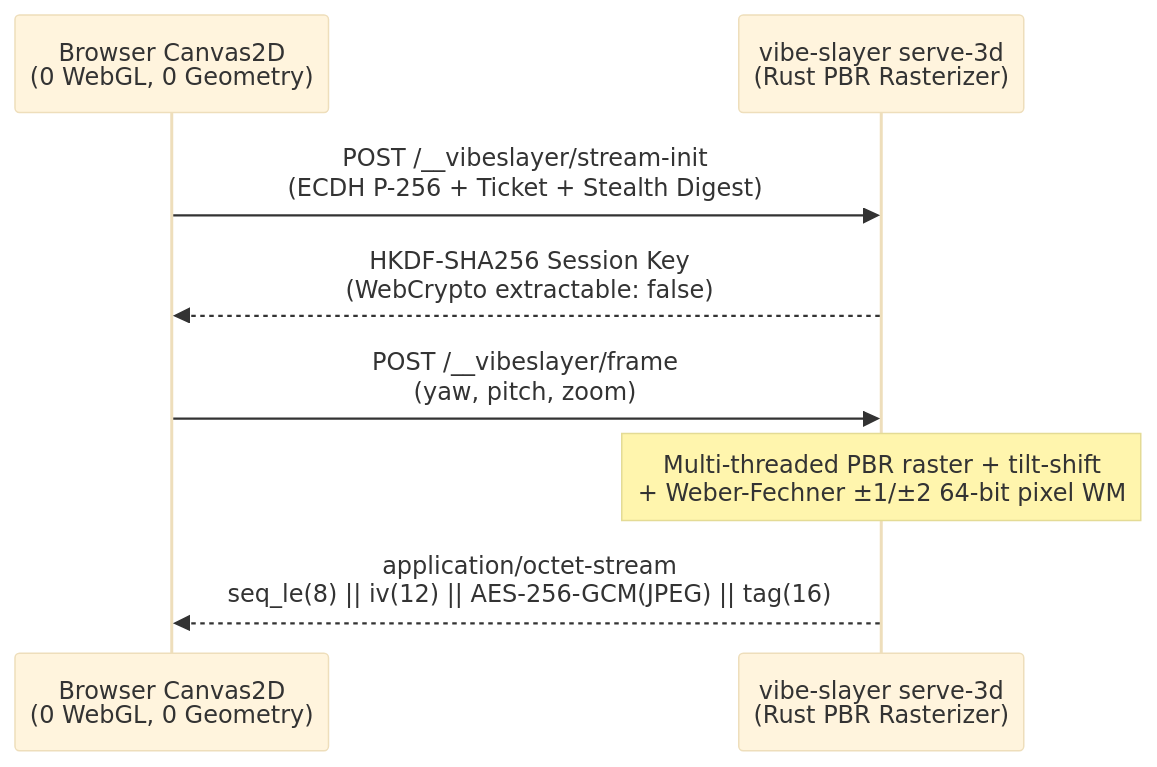
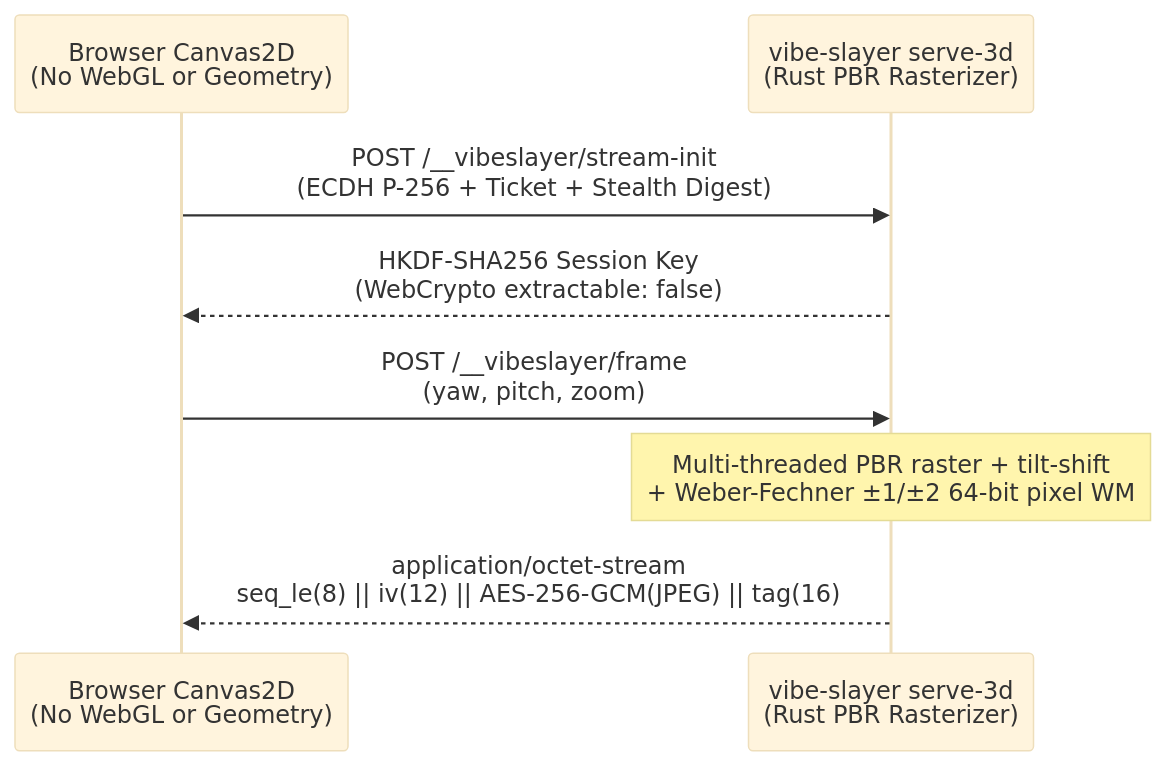
The diagram in docs/3d-shield-and-stream.md (HUSMUS9999/vibe-slayer), drawn with Mermaid (base theme) before and after one commit. The commit also changed other lines of this file and 27 other files, not shown here.

````diff
--- a/docs/3d-shield-and-stream.md
+++ b/docs/3d-shield-and-stream.md
@@ -95,10 +95,10 @@
 ```mermaid
 sequenceDiagram
-    participant C as Browser Canvas2D<br/>(0 WebGL, 0 Geometry)
+    participant C as Browser Canvas2D<br/>(No WebGL or Geometry)
     participant S as vibe-slayer serve-3d<br/>(Rust PBR Rasterizer)
     C->>S: POST /__vibeslayer/stream-init<br/>(ECDH P-256 + Ticket + Stealth Digest)
     S-->>C: HKDF-SHA256 Session Key<br/>(WebCrypto extractable: false)
     C->>S: POST /__vibeslayer/frame<br/>(yaw, pitch, zoom)
     Note over S: Multi-threaded PBR raster + tilt-shift<br/>+ Weber-Fechner ±1/±2 64-bit pixel WM
     S-->>C: application/octet-stream<br/>seq_le(8) || iv(12) || AES-256-GCM(JPEG) || tag(16)
 ```
````
